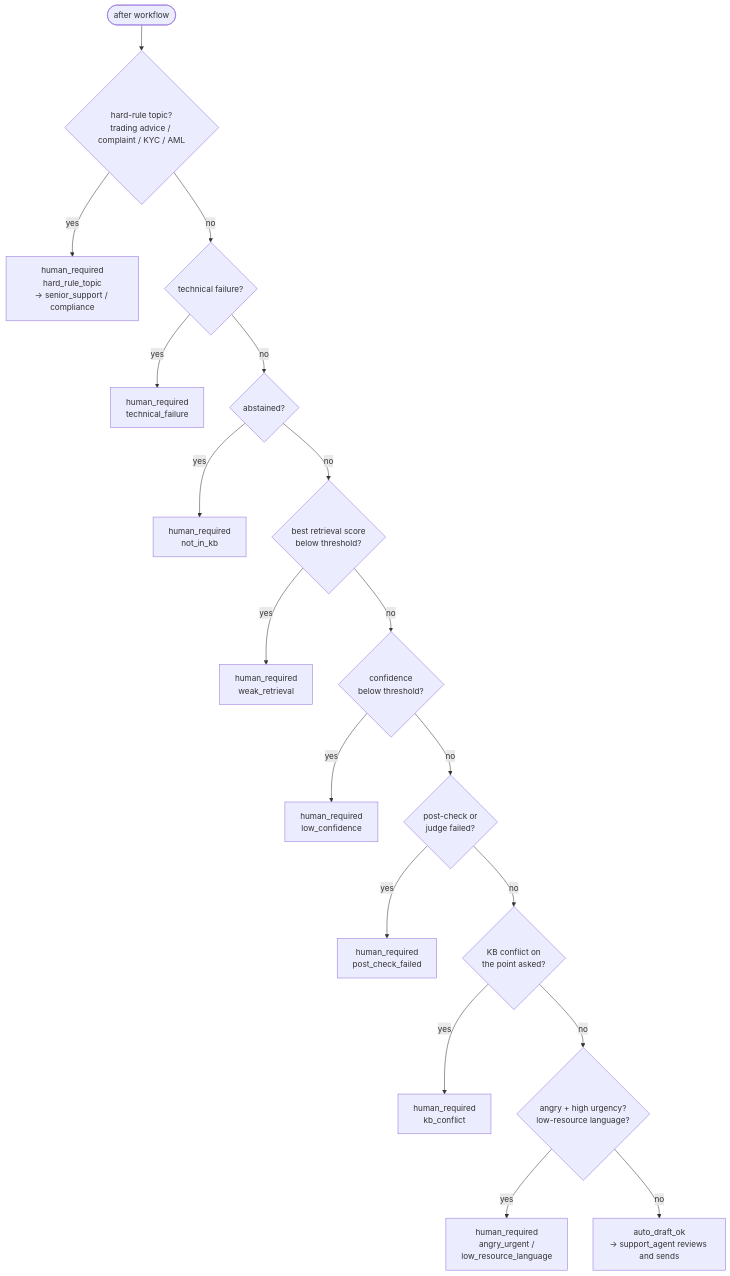
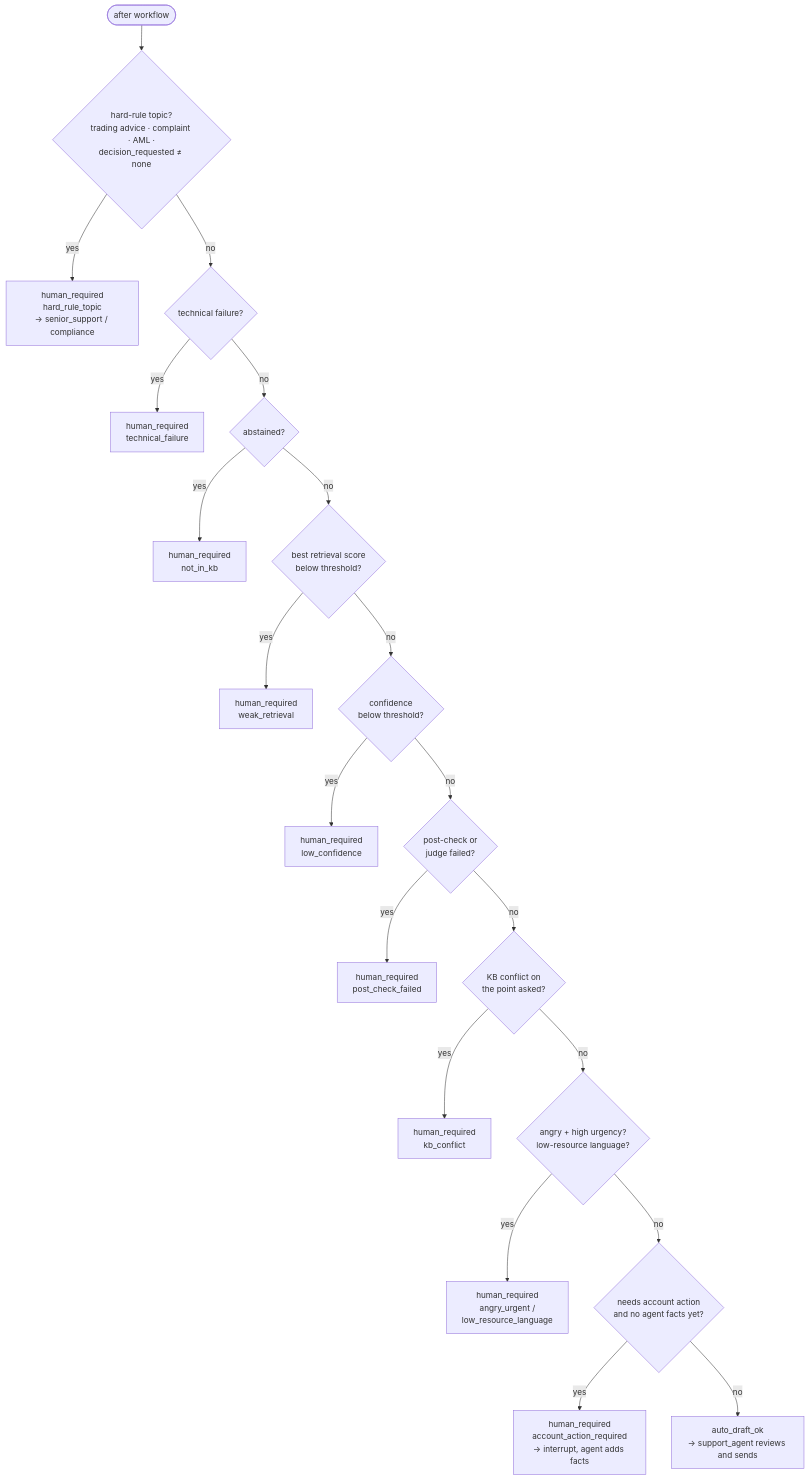
One commit to mohabashraf/support-copilot changed the eighth of 13 diagrams in docs/ARCHITECTURE.md. Above: the diagram before and after it, drawn with Mermaid. The commit also changed other lines of this file and 2 other files, not shown here.

First line of the commit message:
Account-action HITL flow (LangGraph interrupt), decision_requested field, jurisdiction and no-question handling

````diff
--- a/docs/ARCHITECTURE.md
+++ b/docs/ARCHITECTURE.md
@@ -228,20 +266,22 @@
 ```mermaid
 flowchart TD
-    S([after workflow]) --> T1{"hard-rule topic?<br/>trading advice / complaint / KYC / AML"}
+    S([after workflow]) --> T1{"hard-rule topic?<br/>trading advice · complaint · AML ·<br/>decision_requested ≠ none"}
     T1 -->|yes| H1["human_required<br/>hard_rule_topic<br/>→ senior_support / compliance"]
     T1 -->|no| T8{"technical failure?"}
     T8 -->|yes| H8["human_required<br/>technical_failure"]
     T8 -->|no| T2{"abstained?"}
     T2 -->|yes| H2["human_required<br/>not_in_kb"]
     T2 -->|no| T3{"best retrieval score<br/>below threshold?"}
     T3 -->|yes| H3["human_required<br/>weak_retrieval"]
     T3 -->|no| T4{"confidence<br/>below threshold?"}
     T4 -->|yes| H4["human_required<br/>low_confidence"]
     T4 -->|no| T5{"post-check or<br/>judge failed?"}
     T5 -->|yes| H5["human_required<br/>post_check_failed"]
     T5 -->|no| T6{"KB conflict on<br/>the point asked?"}
     T6 -->|yes| H6["human_required<br/>kb_conflict"]
     T6 -->|no| T7{"angry + high urgency?<br/>low-resource language?"}
     T7 -->|yes| H7["human_required<br/>angry_urgent /<br/>low_resource_language"]
-    T7 -->|no| OK["auto_draft_ok<br/>→ support_agent reviews and sends"]
+    T7 -->|no| T9{"needs account action<br/>and no agent facts yet?"}
+    T9 -->|yes| H9["human_required<br/>account_action_required<br/>→ interrupt, agent adds facts"]
+    T9 -->|no| OK["auto_draft_ok<br/>→ support_agent reviews and sends"]
 ```
````
